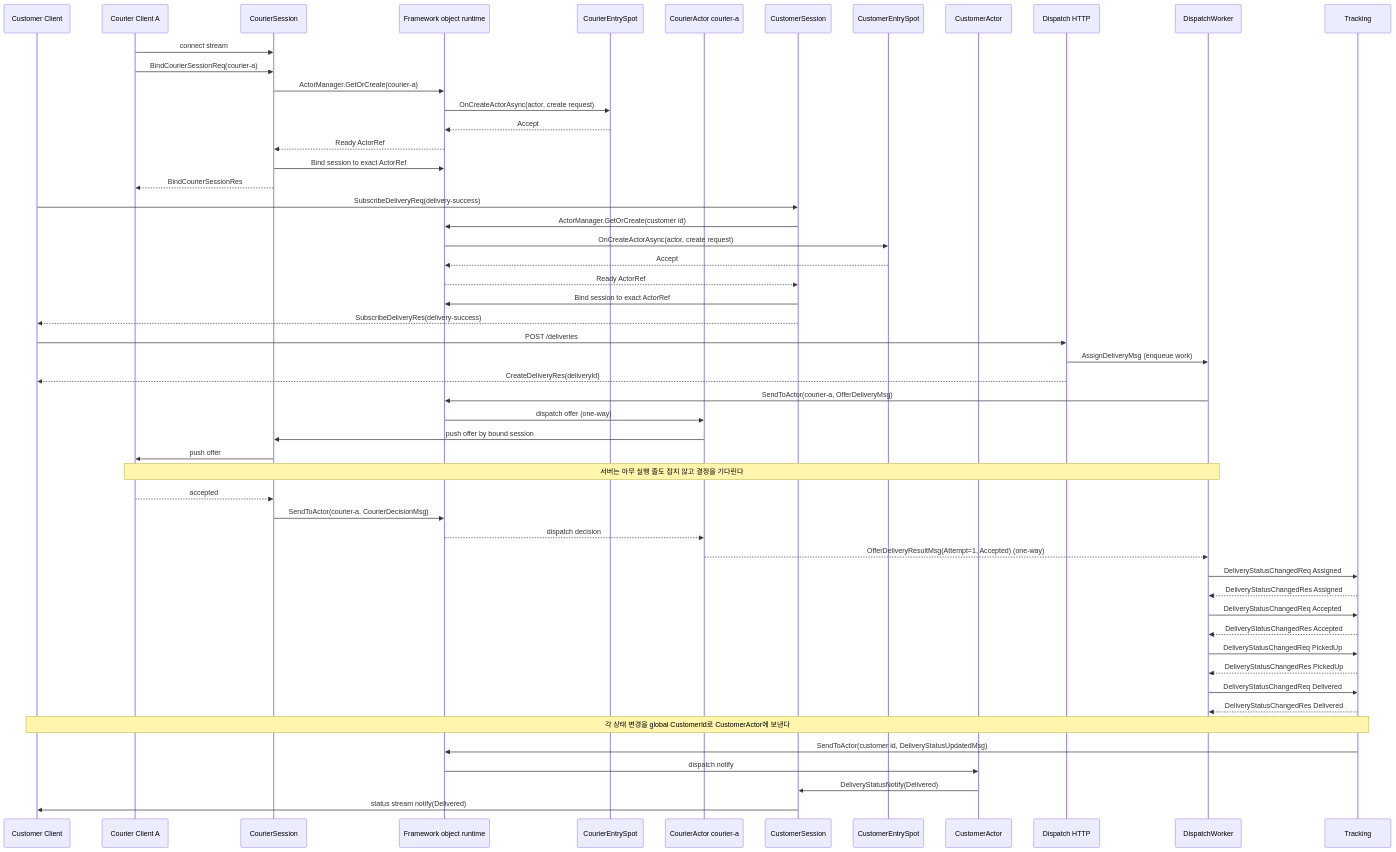
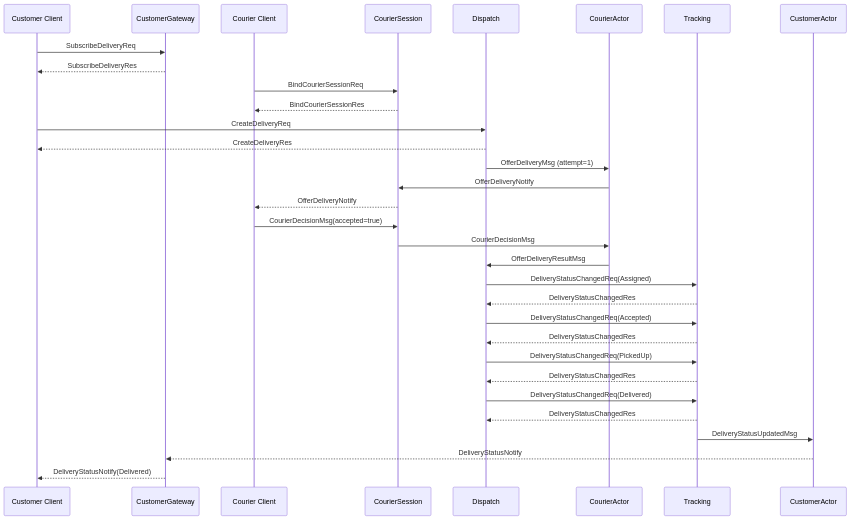
One commit to kairos-code-dev/zlink changed the third of 4 diagrams in framework/doc/framework/common/sample/deliverydispatch/README.ko.md. Above: the diagram before and after it, drawn with Mermaid. The commit also changed other lines of this file and 39 other files, not shown here.

Commit message:
update framework runtime and documentation

````diff
--- a/framework/doc/framework/common/sample/deliverydispatch/README.ko.md
+++ b/framework/doc/framework/common/sample/deliverydispatch/README.ko.md
@@ -408,56 +330,35 @@
 ```mermaid
 sequenceDiagram
-    participant CustomerClient as Customer Client
-    participant CourierClient as Courier Client A
-    participant CourierSession as CourierSession
-    participant ObjectRuntime as Framework object runtime
-    participant CourierEntry as CourierEntrySpot
-    participant CourierActor as CourierActor courier-a
-    participant CustomerSession as CustomerSession
-    participant CustomerEntry as CustomerEntrySpot
-    participant CustomerActor as CustomerActor
-    participant DispatchHttp as Dispatch HTTP
-    participant DispatchWorker as DispatchWorker
-    participant Tracking as Tracking
+    participant C as Customer Client
+    participant CG as CustomerGateway
+    participant CA as Courier Client
+    participant CS as CourierSession
+    participant D as Dispatch
+    participant ACT as CourierActor
+    participant T as Tracking
+    participant CU as CustomerActor
 
-    CourierClient->>CourierSession: connect stream
-    CourierClient->>CourierSession: BindCourierSessionReq(courier-a)
-    CourierSession->>ObjectRuntime: ActorManager.GetOrCreate(courier-a)
-    ObjectRuntime->>CourierEntry: OnCreateActorAsync(actor, create request)
-    CourierEntry-->>ObjectRuntime: Accept
-    ObjectRuntime-->>CourierSession: Ready ActorRef
-    CourierSession->>ObjectRuntime: Bind session to exact ActorRef
-    CourierSession-->>CourierClient: BindCourierSessionRes
-    CustomerClient->>CustomerSession: SubscribeDeliveryReq(delivery-success)
-    CustomerSession->>ObjectRuntime: ActorManager.GetOrCreate(customer id)
-    ObjectRuntime->>CustomerEntry: OnCreateActorAsync(actor, create request)
-    CustomerEntry-->>ObjectRuntime: Accept
-    ObjectRuntime-->>CustomerSession: Ready ActorRef
-    CustomerSession->>ObjectRuntime: Bind session to exact ActorRef
-    CustomerSession-->>CustomerClient: SubscribeDeliveryRes(delivery-success)
-    CustomerClient->>DispatchHttp: POST /deliveries
-    DispatchHttp->>DispatchWorker: AssignDeliveryMsg (enqueue work)
-    DispatchHttp-->>CustomerClient: CreateDeliveryRes(deliveryId)
-    DispatchWorker->>ObjectRuntime: SendToActor(courier-a, OfferDeliveryMsg)
-    ObjectRuntime->>CourierActor: dispatch offer (one-way)
-    CourierActor->>CourierSession: push offer by bound session
-    CourierSession->>CourierClient: push offer
-    Note over DispatchWorker,CourierClient: 서버는 아무 실행 줄도 잡지 않고 결정을 기다린다
-    CourierClient-->>CourierSession: accepted
-    CourierSession->>ObjectRuntime: SendToActor(courier-a, CourierDecisionMsg)
-    ObjectRuntime-->>CourierActor: dispatch decision
-    CourierActor-->>DispatchWorker: OfferDeliveryResultMsg(Attempt=1, Accepted) (one-way)
-    DispatchWorker->>Tracking: DeliveryStatusChangedReq Assigned
-    Tracking-->>DispatchWorker: DeliveryStatusChangedRes Assigned
-    DispatchWorker->>Tracking: DeliveryStatusChangedReq Accepted
-    Tracking-->>DispatchWorker: DeliveryStatusChangedRes Accepted
-    DispatchWorker->>Tracking: DeliveryStatusChangedReq PickedUp
-    Tracking-->>DispatchWorker: DeliveryStatusChangedRes PickedUp
-    DispatchWorker->>Tracking: DeliveryStatusChangedReq Delivered
-    Tracking-->>DispatchWorker: DeliveryStatusChangedRes Delivered
-    Note over Tracking,CustomerClient: 각 상태 변경을 global CustomerId로 CustomerActor에 보낸다
-    Tracking->>ObjectRuntime: SendToActor(customer id, DeliveryStatusUpdatedMsg)
-    ObjectRuntime->>CustomerActor: dispatch notify
-    CustomerActor->>CustomerSession: DeliveryStatusNotify(Delivered)
-    CustomerSession->>CustomerClient: status stream notify(Delivered)
+    C->>CG: SubscribeDeliveryReq
+    CG-->>C: SubscribeDeliveryRes
+    CA->>CS: BindCourierSessionReq
+    CS-->>CA: BindCourierSessionRes
+    C->>D: CreateDeliveryReq
+    D-->>C: CreateDeliveryRes
+    D->>ACT: OfferDeliveryMsg (attempt=1)
+    ACT->>CS: OfferDeliveryNotify
+    CS-->>CA: OfferDeliveryNotify
+    CA->>CS: CourierDecisionMsg(accepted=true)
+    CS->>ACT: CourierDecisionMsg
+    ACT->>D: OfferDeliveryResultMsg
+    D->>T: DeliveryStatusChangedReq(Assigned)
+    T-->>D: DeliveryStatusChangedRes
+    D->>T: DeliveryStatusChangedReq(Accepted)
+    T-->>D: DeliveryStatusChangedRes
+    D->>T: DeliveryStatusChangedReq(PickedUp)
+    T-->>D: DeliveryStatusChangedRes
+    D->>T: DeliveryStatusChangedReq(Delivered)
+    T-->>D: DeliveryStatusChangedRes
+    T->>CU: DeliveryStatusUpdatedMsg
+    CU-->>CG: DeliveryStatusNotify
+    CG-->>C: DeliveryStatusNotify(Delivered)
 ```
````
